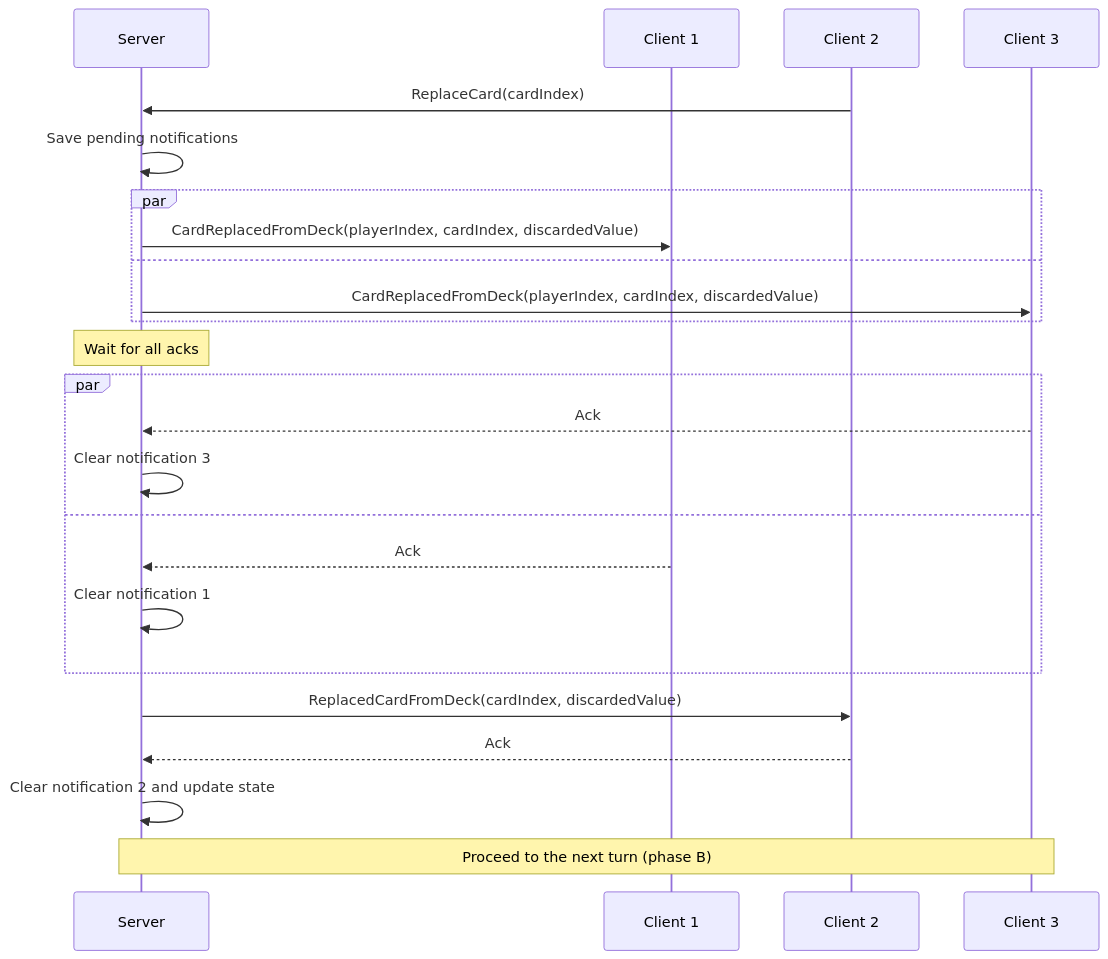
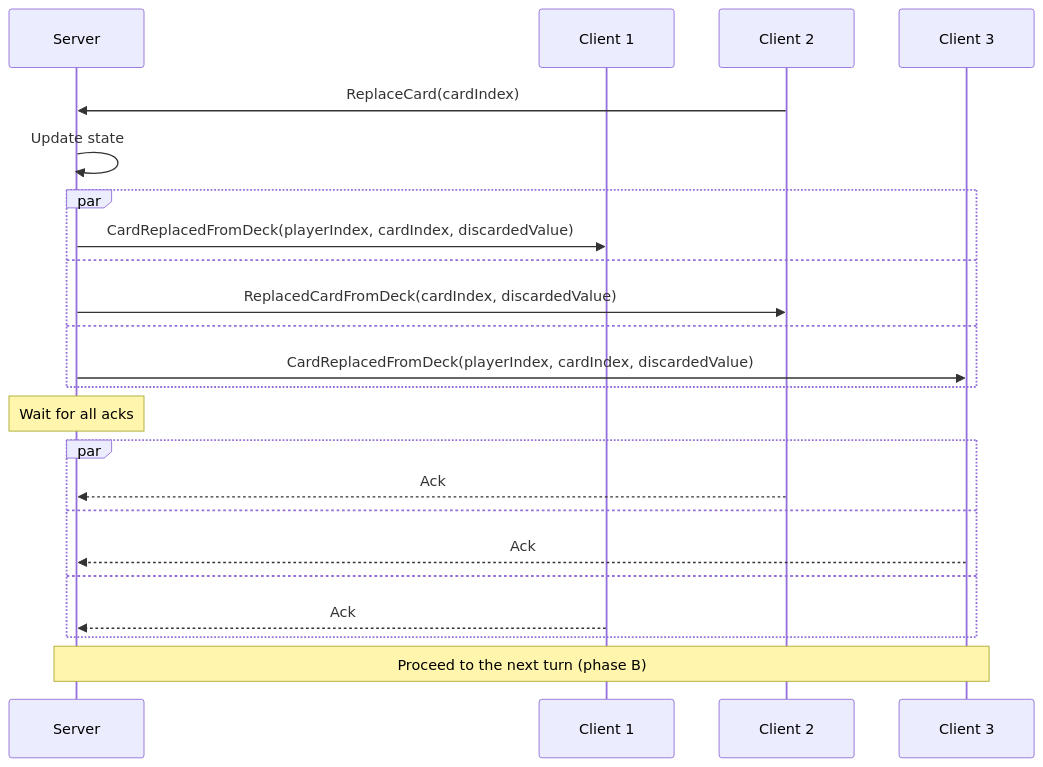
One commit to roman-zubarevich/another changed the ninth of 15 diagrams in README.md. Above: the diagram before and after it, drawn with Mermaid. The commit also changed other lines of this file, not shown here.

````diff
--- a/README.md
+++ b/README.md
@@ -251,26 +239,25 @@
 ```mermaid
 sequenceDiagram
     participant S as Server
     participant C1 as Client 1
     participant C2 as Client 2
     participant C3 as Client 3
     C2->>S: ReplaceCard(cardIndex)
-    S->>S: Save pending notifications
+    S->>S: Update state
     par
         S->>C1: CardReplacedFromDeck(playerIndex, cardIndex, discardedValue)
+    and
+        S->>C2: ReplacedCardFromDeck(cardIndex, discardedValue)
     and
         S->>C3: CardReplacedFromDeck(playerIndex, cardIndex, discardedValue)
     end
     Note over S: Wait for all acks
     par
+        C2-->>S: Ack
+    and
         C3-->>S: Ack
-        S->>S: Clear notification 3
     and
         C1-->>S: Ack
-        S->>S: Clear notification 1
     end
-    S->>C2: ReplacedCardFromDeck(cardIndex, discardedValue)
-    C2-->>S: Ack
-    S->>S: Clear notification 2 and update state
     Note over S,C3: Proceed to the next turn (phase B)
 ```
````
